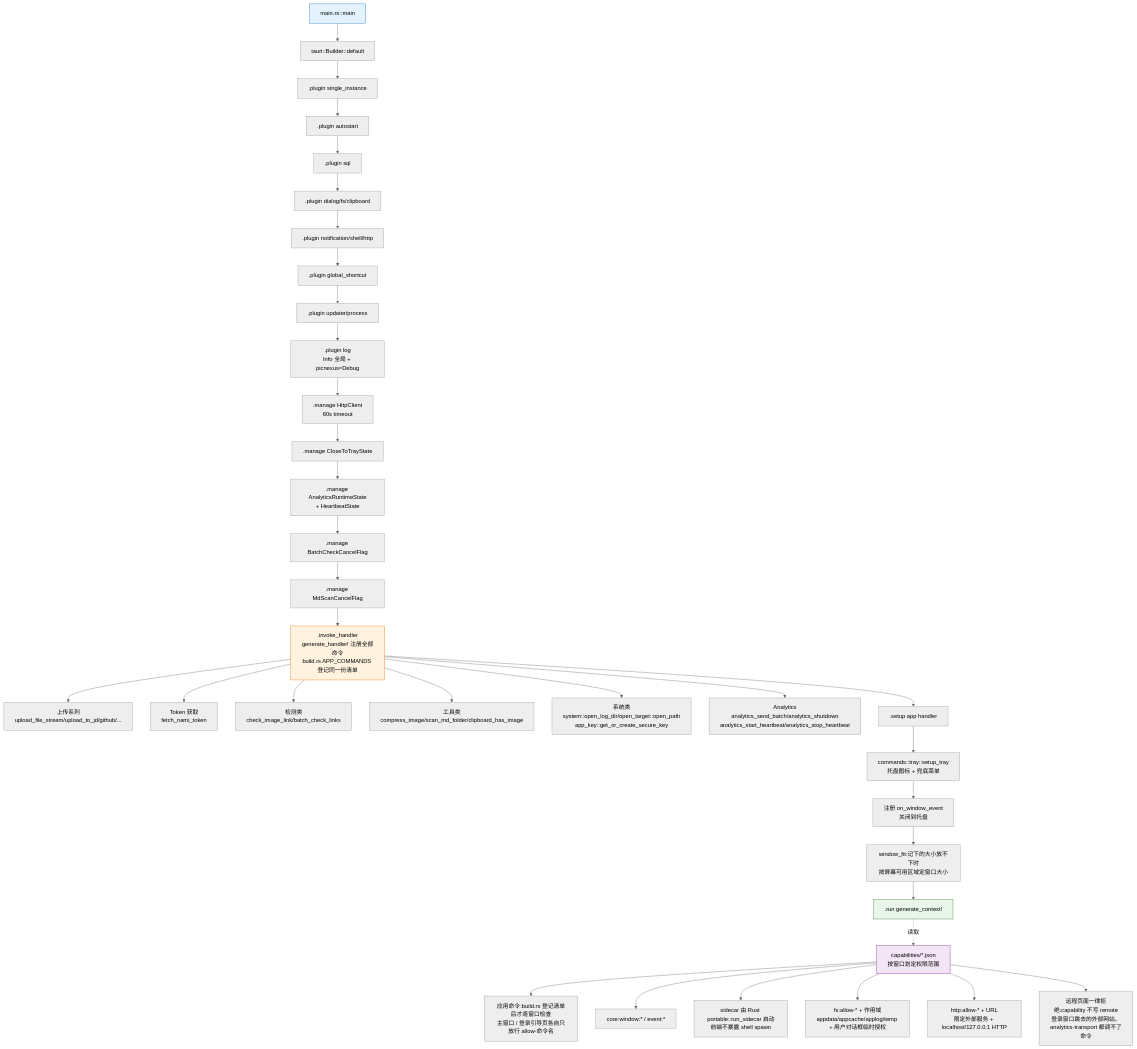
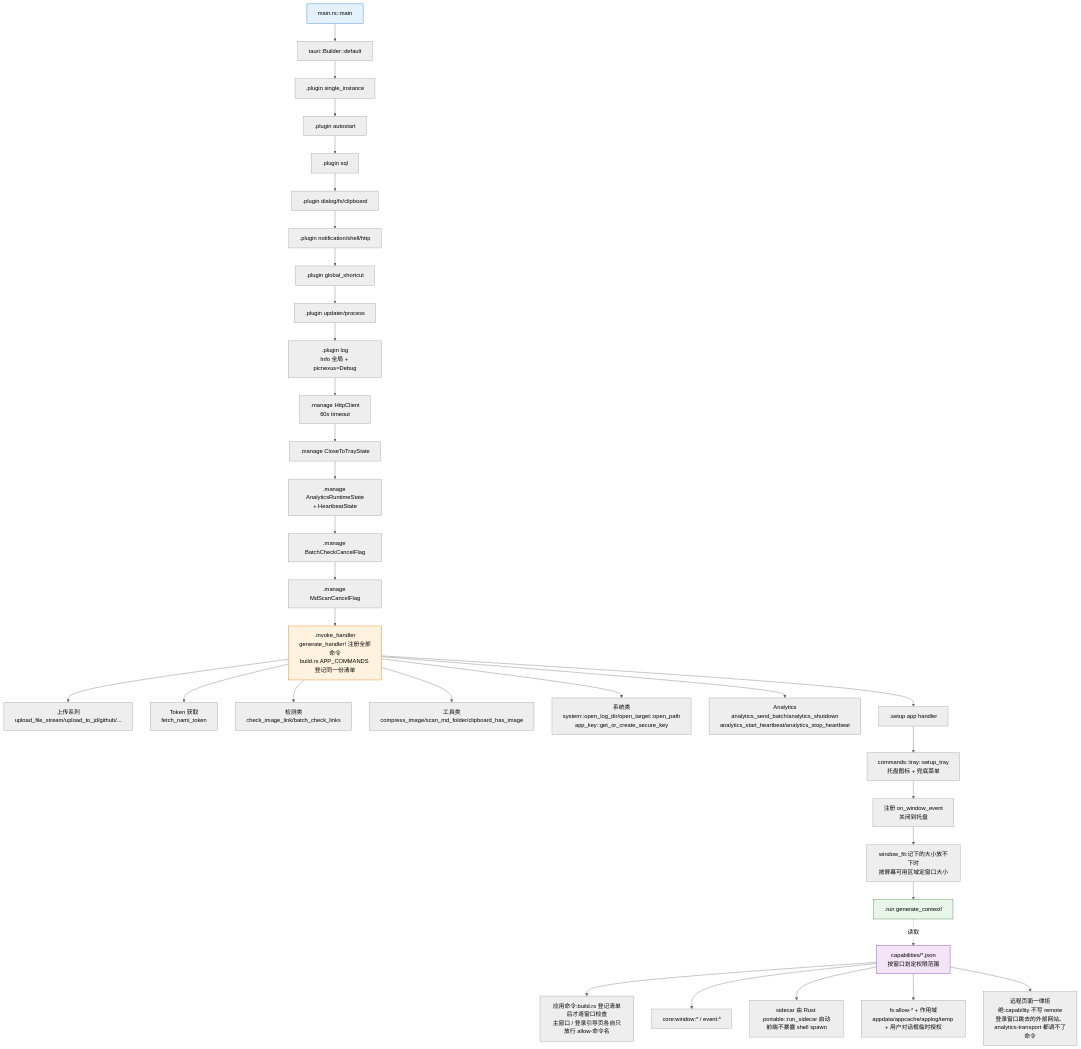
One commit to joeyliu6/PicNexus changed the first of 5 diagrams in docs/flows/ipc-command-flow.md. Above: the diagram before and after it, drawn with Mermaid (neutral theme). The commit also changed 2 other files, not shown here.

Commit message:
docs: drop the removed HTTP plugin from the plugin and permission maps
The IPC flow chart no longer shows an http:allow-* capability, the
plugin table in the window and system notes loses tauri-plugin-http, and
the testing guide stops listing http among the APIs tauriMock covers.

````diff
--- a/docs/flows/ipc-command-flow.md
+++ b/docs/flows/ipc-command-flow.md
@@ -21,51 +21,50 @@
 ```mermaid
 flowchart TD
     A[main.rs::main] --> B[tauri::Builder::default]
 
     %% 插件链
     B --> P1[.plugin single_instance]
     P1 --> P2[.plugin autostart]
     P2 --> P3[.plugin sql]
     P3 --> P4[.plugin dialog/fs/clipboard]
     P4 --> P5[.plugin notification/shell/http]
     P5 --> P6[.plugin global_shortcut]
     P6 --> P7[.plugin updater/process]
     P7 --> P8[.plugin log<br/>Info 全局 + picnexus=Debug]
 
     %% 全局状态
     P8 --> M1[.manage HttpClient<br/>60s timeout]
     M1 --> M2[.manage CloseToTrayState]
     M2 --> M3[.manage AnalyticsRuntimeState<br/>+ HeartbeatState]
     M3 --> M4[.manage BatchCheckCancelFlag]
     M4 --> M5[.manage MdScanCancelFlag]
 
     %% 命令注册
     M5 --> H[.invoke_handler<br/>generate_handler! 注册全部命令<br/>build.rs APP_COMMANDS 登记同一份清单]
     H --> H1[上传系列<br/>upload_file_stream/upload_to_jd/github/...]
     H --> H2[Token 获取<br/>fetch_nami_token]
     H --> H3[检测类<br/>check_image_link/batch_check_links]
     H --> H4[工具类<br/>compress_image/scan_md_folder/clipboard_has_image]
     H --> H5[系统类<br/>system::open_log_dir/open_target::open_path<br/>app_key::get_or_create_secure_key]
     H --> H6[Analytics<br/>analytics_send_batch/analytics_shutdown<br/>analytics_start_heartbeat/analytics_stop_heartbeat]
 
     %% Setup 回调
     H --> S[.setup app handler]
     S --> S1[commands::tray::setup_tray<br/>托盘图标 + 兜底菜单]
     S1 --> S2[注册 on_window_event<br/>关闭到托盘]
     S2 --> S3[window_fit:记下的大小放不下时<br/>按屏幕可用区域定窗口大小]
     S3 --> R[.run generate_context!]
 
     %% 权限校验
     R -.读取.-> CAP[capabilities/*.json<br/>按窗口划定权限范围]
     CAP --> CAP0[应用命令:build.rs 登记清单后才逐窗口检查<br/>主窗口 / 登录引导页各自只放行 allow-命令名]
     CAP --> CAP1[core:window:* / event:*]
     CAP --> CAP2[sidecar 由 Rust portable::run_sidecar 启动<br/>前端不暴露 shell spawn]
     CAP --> CAP3[fs:allow-* + 作用域<br/>appdata/appcache/applog/temp + 用户对话框临时授权]
-    CAP --> CAP4[http:allow-* + URL<br/>限定外部服务 + localhost/127.0.0.1 HTTP]
     CAP --> CAP5[远程页面一律拒绝:capability 不写 remote<br/>登录窗口跳去的外部网站、analytics-transport 都调不了命令]
 
     style A fill:#e3f2fd,stroke:#1976d2
     style H fill:#fff3e0,stroke:#ef6c00
     style R fill:#e8f5e9,stroke:#2e7d32
     style CAP fill:#f3e5f5,stroke:#7b1fa2
 ```
````
